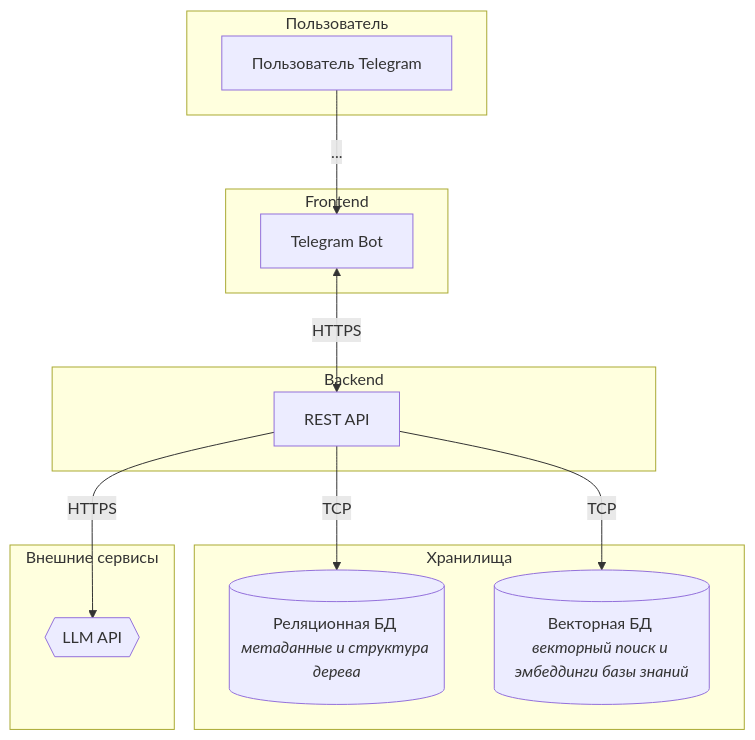
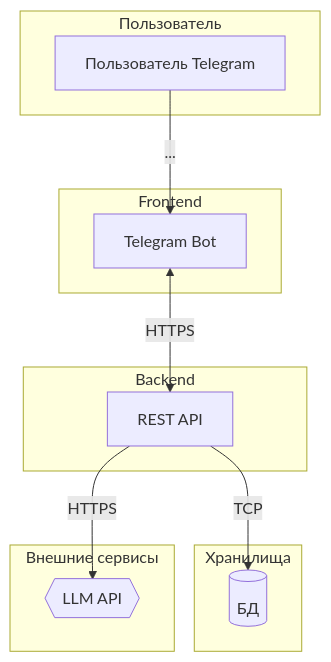
The diagram in Анастасия_Друзьянова/architect.MD (patolog123/Analyst-3.0), drawn with Mermaid before and after one commit.

````diff
--- a/Анастасия_Друзьянова/architect.MD
+++ b/Анастасия_Друзьянова/architect.MD
@@ -1,30 +1,28 @@
 ```mermaid
 graph TD
     subgraph "Пользователь"
         A[Пользователь Telegram]
     end
 
     subgraph "Frontend"
         B[Telegram Bot]
     end
 
     subgraph "Backend"
         C[REST API]
     end
 
     subgraph "Хранилища"
-        D[(Реляционная БД <br><i>метаданные и структура дерева</i>)]
-        E[(Векторная БД <br><i>векторный поиск и эмбеддинги базы знаний</i>)]
+        D[(БД)]
     end
 
     subgraph "Внешние сервисы"
         H{{LLM API}}
     end
 
     %% Связи между компонентами
     A -- ... --> B
     B <-- HTTPS --> C
     C -- HTTPS --> H
     C -- TCP --> D
-    C -- TCP --> E
 ```
````
